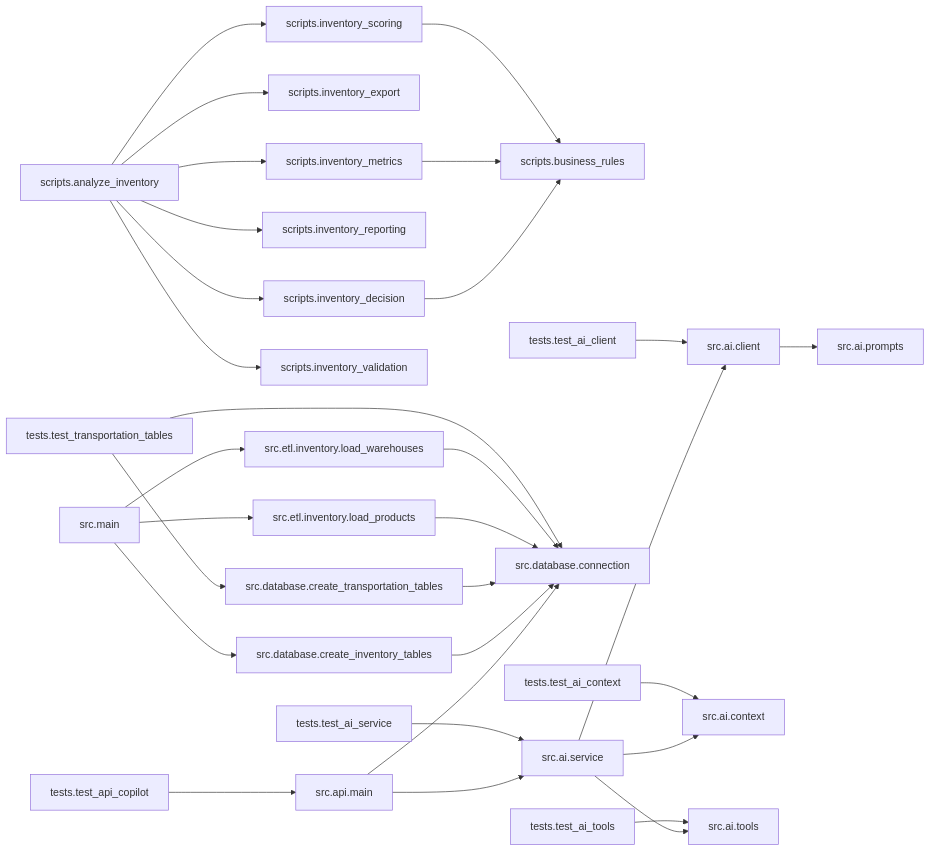
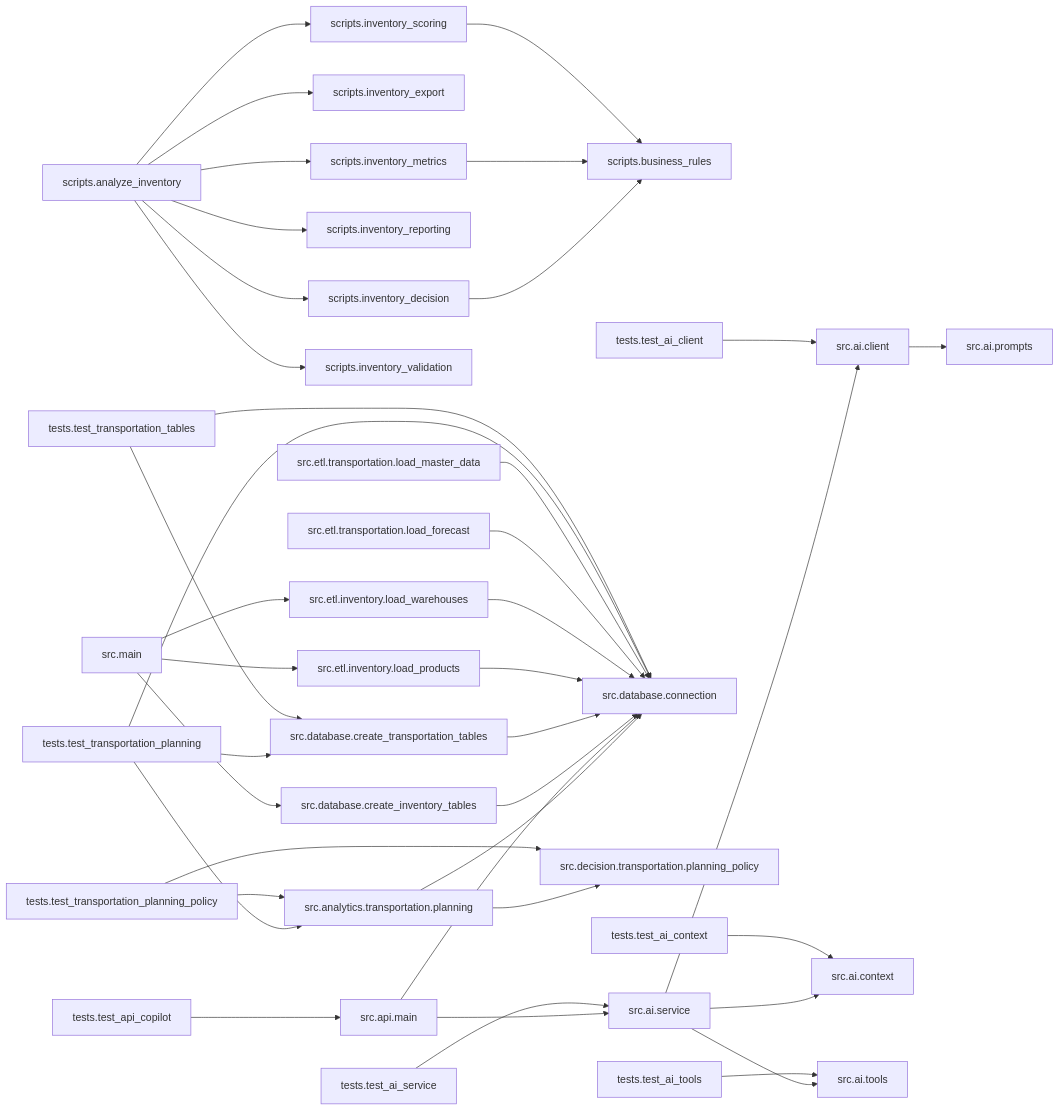
The diagram in docs/project_audit/PROJECT_AUDIT.md (RodsSoares/ai-supply-chain-copilot), drawn with Mermaid before and after one commit. The commit also changed other lines of this file and 4 other files, not shown here.

First line of the commit message:
feat(transportation): add economic vs service planning scenarios

````diff
--- a/docs/project_audit/PROJECT_AUDIT.md
+++ b/docs/project_audit/PROJECT_AUDIT.md
@@ -552,32 +655,41 @@
 ```mermaid
 flowchart LR
     scripts_analyze_inventory["scripts.analyze_inventory"] --> scripts_inventory_decision["scripts.inventory_decision"]
     scripts_analyze_inventory["scripts.analyze_inventory"] --> scripts_inventory_export["scripts.inventory_export"]
     scripts_analyze_inventory["scripts.analyze_inventory"] --> scripts_inventory_metrics["scripts.inventory_metrics"]
     scripts_analyze_inventory["scripts.analyze_inventory"] --> scripts_inventory_reporting["scripts.inventory_reporting"]
     scripts_analyze_inventory["scripts.analyze_inventory"] --> scripts_inventory_scoring["scripts.inventory_scoring"]
     scripts_analyze_inventory["scripts.analyze_inventory"] --> scripts_inventory_validation["scripts.inventory_validation"]
     scripts_inventory_decision["scripts.inventory_decision"] --> scripts_business_rules["scripts.business_rules"]
     scripts_inventory_metrics["scripts.inventory_metrics"] --> scripts_business_rules["scripts.business_rules"]
     scripts_inventory_scoring["scripts.inventory_scoring"] --> scripts_business_rules["scripts.business_rules"]
     src_ai_client["src.ai.client"] --> src_ai_prompts["src.ai.prompts"]
     src_ai_service["src.ai.service"] --> src_ai_client["src.ai.client"]
     src_ai_service["src.ai.service"] --> src_ai_context["src.ai.context"]
     src_ai_service["src.ai.service"] --> src_ai_tools["src.ai.tools"]
+    src_analytics_transportation_planning["src.analytics.transportation.planning"] --> src_database_connection["src.database.connection"]
+    src_analytics_transportation_planning["src.analytics.transportation.planning"] --> src_decision_transportation_planning_policy["src.decision.transportation.planning_policy"]
     src_api_main["src.api.main"] --> src_ai_service["src.ai.service"]
     src_api_main["src.api.main"] --> src_database_connection["src.database.connection"]
     src_database_create_inventory_tables["src.database.create_inventory_tables"] --> src_database_connection["src.database.connection"]
     src_database_create_transportation_tables["src.database.create_transportation_tables"] --> src_database_connection["src.database.connection"]
     src_etl_inventory_load_products["src.etl.inventory.load_products"] --> src_database_connection["src.database.connection"]
     src_etl_inventory_load_warehouses["src.etl.inventory.load_warehouses"] --> src_database_connection["src.database.connection"]
+    src_etl_transportation_load_forecast["src.etl.transportation.load_forecast"] --> src_database_connection["src.database.connection"]
+    src_etl_transportation_load_master_data["src.etl.transportation.load_master_data"] --> src_database_connection["src.database.connection"]
     src_main["src.main"] --> src_database_create_inventory_tables["src.database.create_inventory_tables"]
     src_main["src.main"] --> src_etl_inventory_load_products["src.etl.inventory.load_products"]
     src_main["src.main"] --> src_etl_inventory_load_warehouses["src.etl.inventory.load_warehouses"]
     tests_test_ai_client["tests.test_ai_client"] --> src_ai_client["src.ai.client"]
     tests_test_ai_context["tests.test_ai_context"] --> src_ai_context["src.ai.context"]
     tests_test_ai_service["tests.test_ai_service"] --> src_ai_service["src.ai.service"]
     tests_test_ai_tools["tests.test_ai_tools"] --> src_ai_tools["src.ai.tools"]
     tests_test_api_copilot["tests.test_api_copilot"] --> src_api_main["src.api.main"]
+    tests_test_transportation_planning["tests.test_transportation_planning"] --> src_analytics_transportation_planning["src.analytics.transportation.planning"]
+    tests_test_transportation_planning["tests.test_transportation_planning"] --> src_database_connection["src.database.connection"]
+    tests_test_transportation_planning["tests.test_transportation_planning"] --> src_database_create_transportation_tables["src.database.create_transportation_tables"]
+    tests_test_transportation_planning_policy["tests.test_transportation_planning_policy"] --> src_analytics_transportation_planning["src.analytics.transportation.planning"]
+    tests_test_transportation_planning_policy["tests.test_transportation_planning_policy"] --> src_decision_transportation_planning_policy["src.decision.transportation.planning_policy"]
     tests_test_transportation_tables["tests.test_transportation_tables"] --> src_database_connection["src.database.connection"]
     tests_test_transportation_tables["tests.test_transportation_tables"] --> src_database_create_transportation_tables["src.database.create_transportation_tables"]
 ```
````
